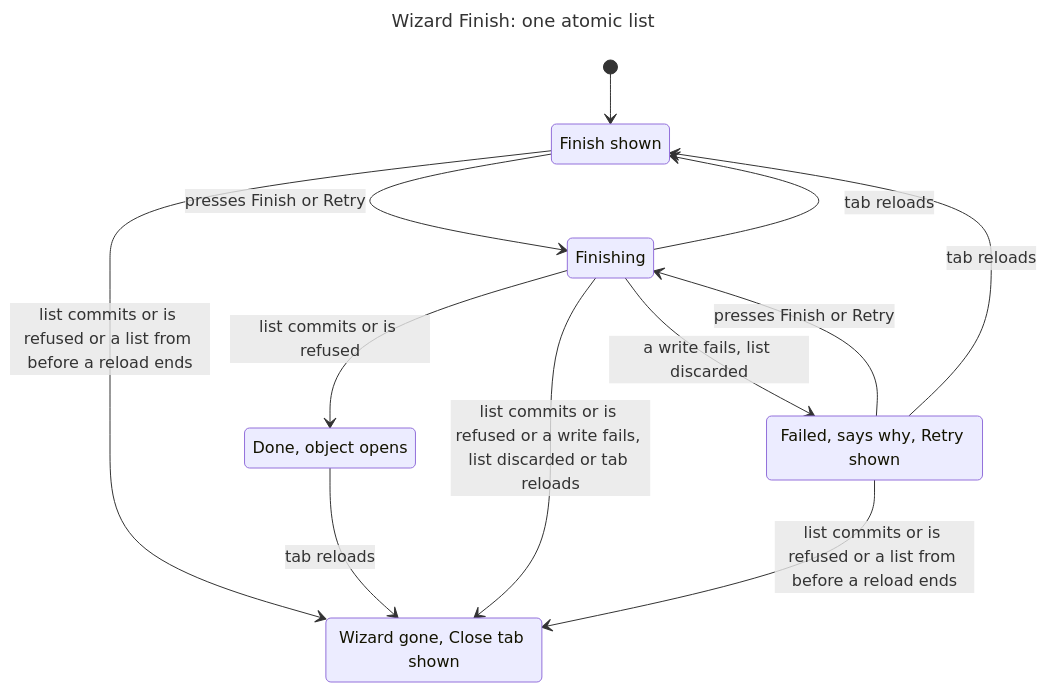
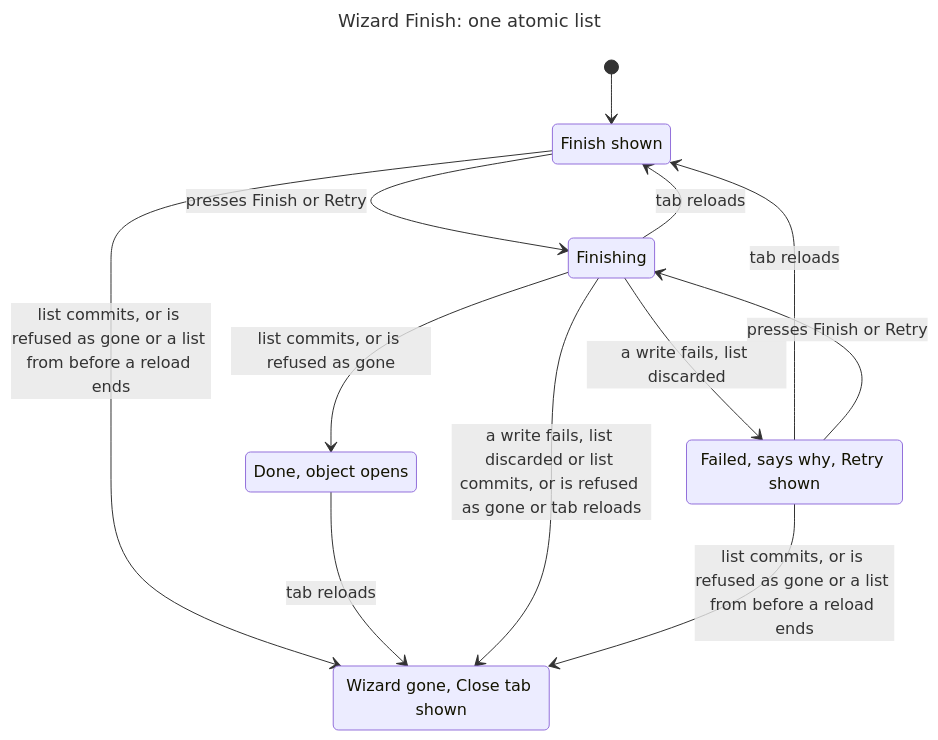
The diagram in app/wizard/WizardFinish.chart.mmd (s4wave/spacewave), drawn with Mermaid before and after one commit. The commit also changed 20 other files, not shown here.

```diff
--- a/app/wizard/WizardFinish.chart.mmd
+++ b/app/wizard/WizardFinish.chart.mmd
@@ -1,20 +1,20 @@
 ---
 title: "Wizard Finish: one atomic list"
 ---
 stateDiagram-v2
   s0: Finish shown
   s1: Finishing
   s2: Wizard gone, Close tab shown
   s3: Done, object opens
   s4: Failed, says why, Retry shown
   [*] --> s0
   s0 --> s1: presses Finish or Retry
-  s0 --> s2: list commits or is refused or a list from before a reload ends
-  s1 --> s3: list commits or is refused
+  s0 --> s2: list commits, or is refused as gone or a list from before a reload ends
+  s1 --> s3: list commits, or is refused as gone
   s1 --> s4: a write fails, list discarded
   s1 --> s0: tab reloads
   s3 --> s2: tab reloads
+  s4 --> s0: tab reloads
   s4 --> s1: presses Finish or Retry
-  s4 --> s0: tab reloads
-  s1 --> s2: list commits or is refused or a write fails, list discarded or tab reloads
-  s4 --> s2: list commits or is refused or a list from before a reload ends
+  s1 --> s2: a write fails, list discarded or list commits, or is refused as gone or tab reloads
+  s4 --> s2: list commits, or is refused as gone or a list from before a reload ends
```
